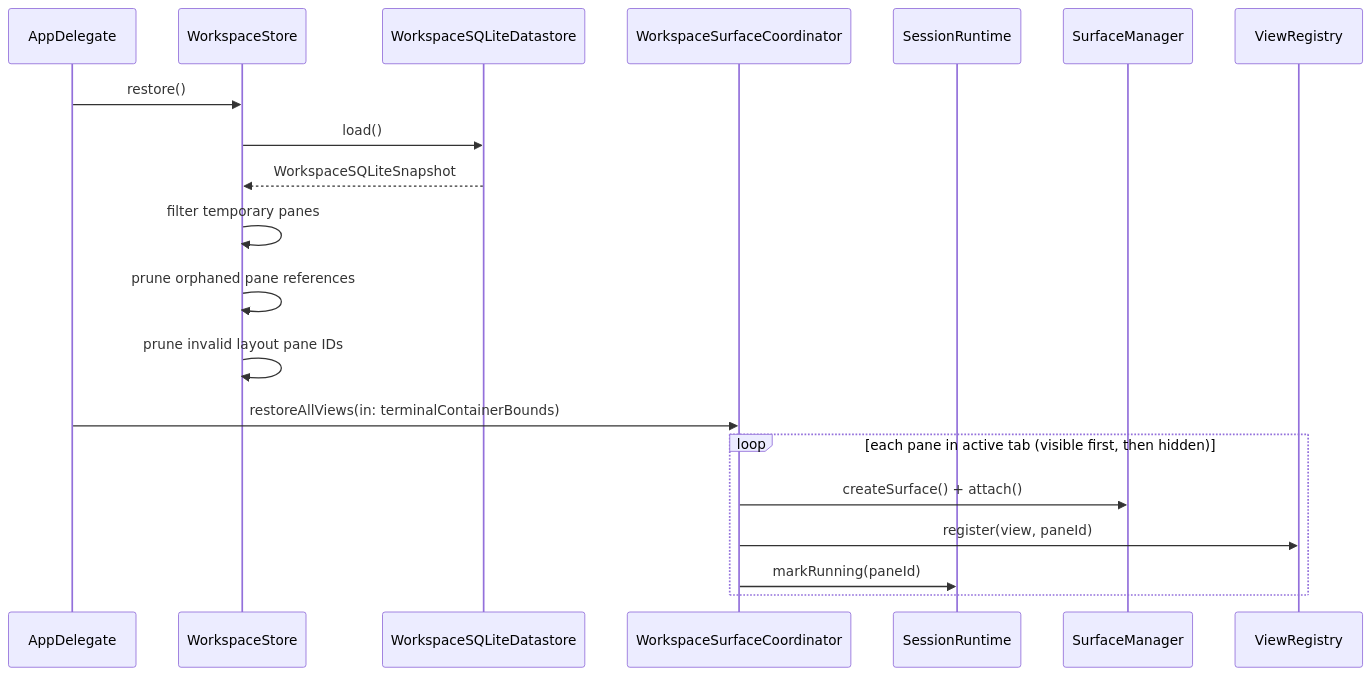
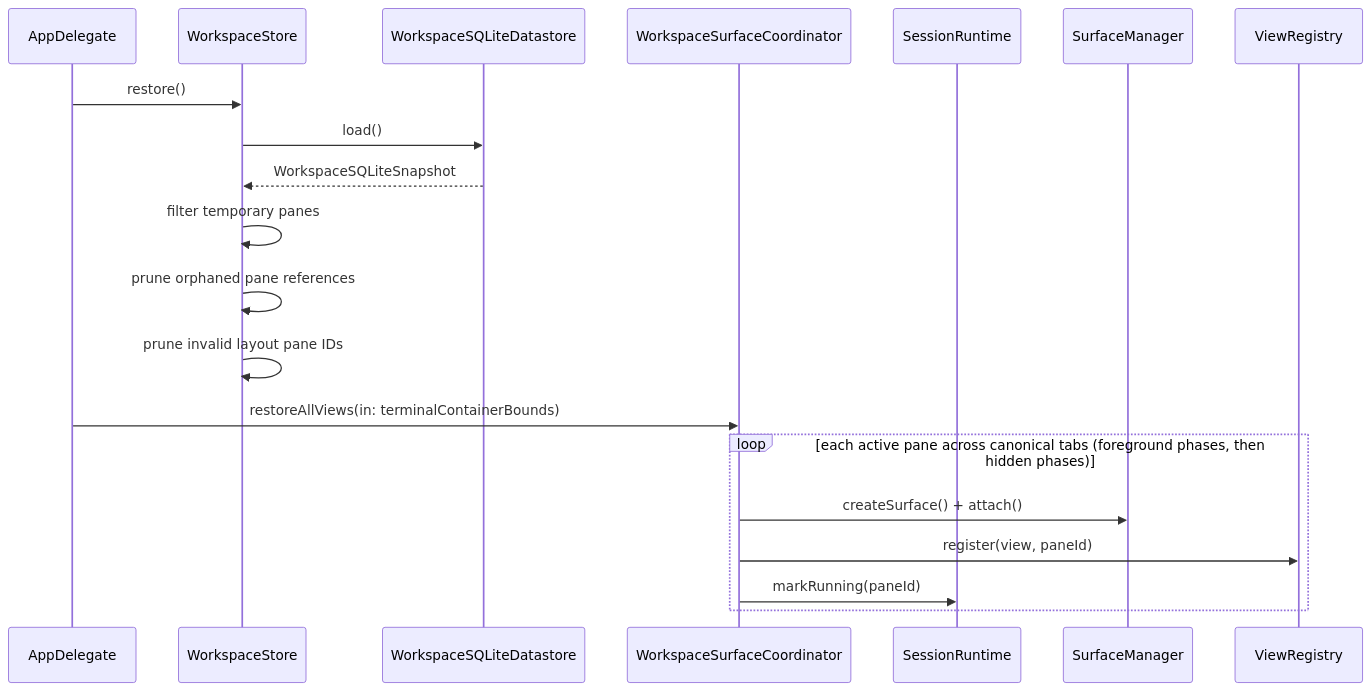
The third of 3 diagrams in docs/architecture/structure/component_architecture.md (ShravanSunder/agentstudio), drawn with Mermaid before and after one commit. The commit also changed 5 other files, not shown here.

````diff
--- a/docs/architecture/structure/component_architecture.md
+++ b/docs/architecture/structure/component_architecture.md
@@ -889,24 +889,24 @@
 ```mermaid
 sequenceDiagram
     participant AD as AppDelegate
     participant Store as WorkspaceStore
     participant DB as WorkspaceSQLiteDatastore
     participant Coord as WorkspaceSurfaceCoordinator
     participant RT as SessionRuntime
     participant SM as SurfaceManager
     participant VR as ViewRegistry
 
     AD->>Store: restore()
     Store->>DB: load()
     DB-->>Store: WorkspaceSQLiteSnapshot
     Store->>Store: filter temporary panes
     Store->>Store: prune orphaned pane references
     Store->>Store: prune invalid layout pane IDs
 
     AD->>Coord: restoreAllViews(in: terminalContainerBounds)
-    loop each pane in active tab (visible first, then hidden)
+    loop each active pane across canonical tabs (foreground phases, then hidden phases)
         Coord->>SM: createSurface() + attach()
         Coord->>VR: register(view, paneId)
         Coord->>RT: markRunning(paneId)
     end
 ```
````
